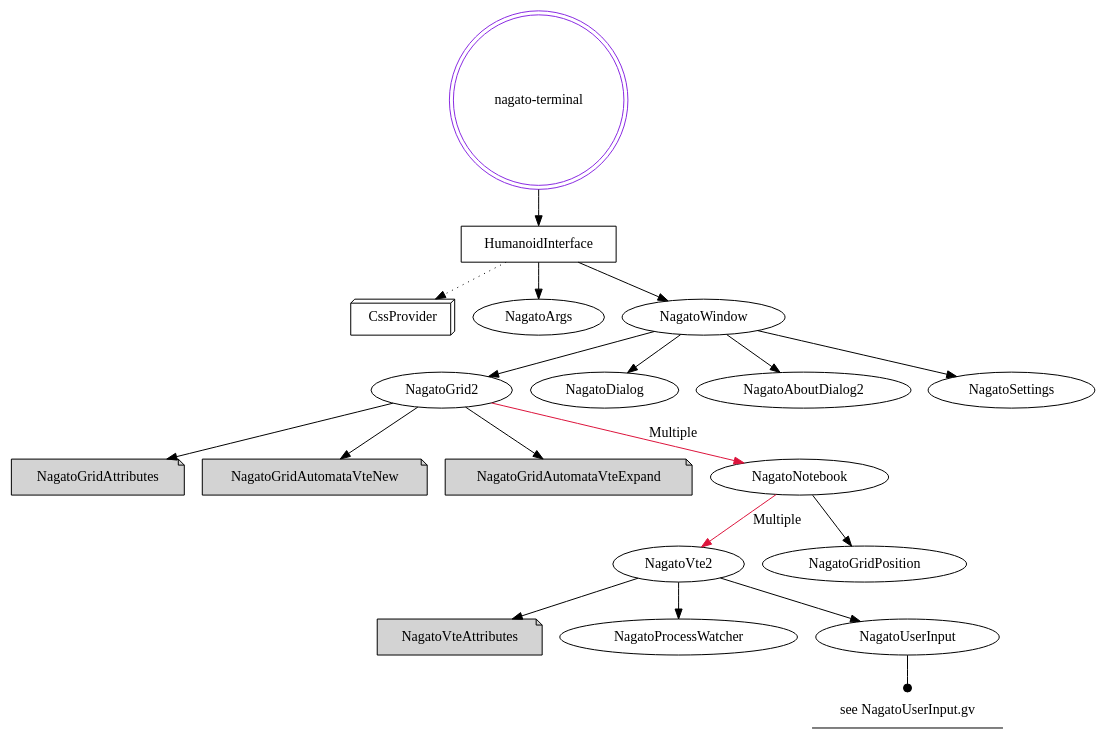
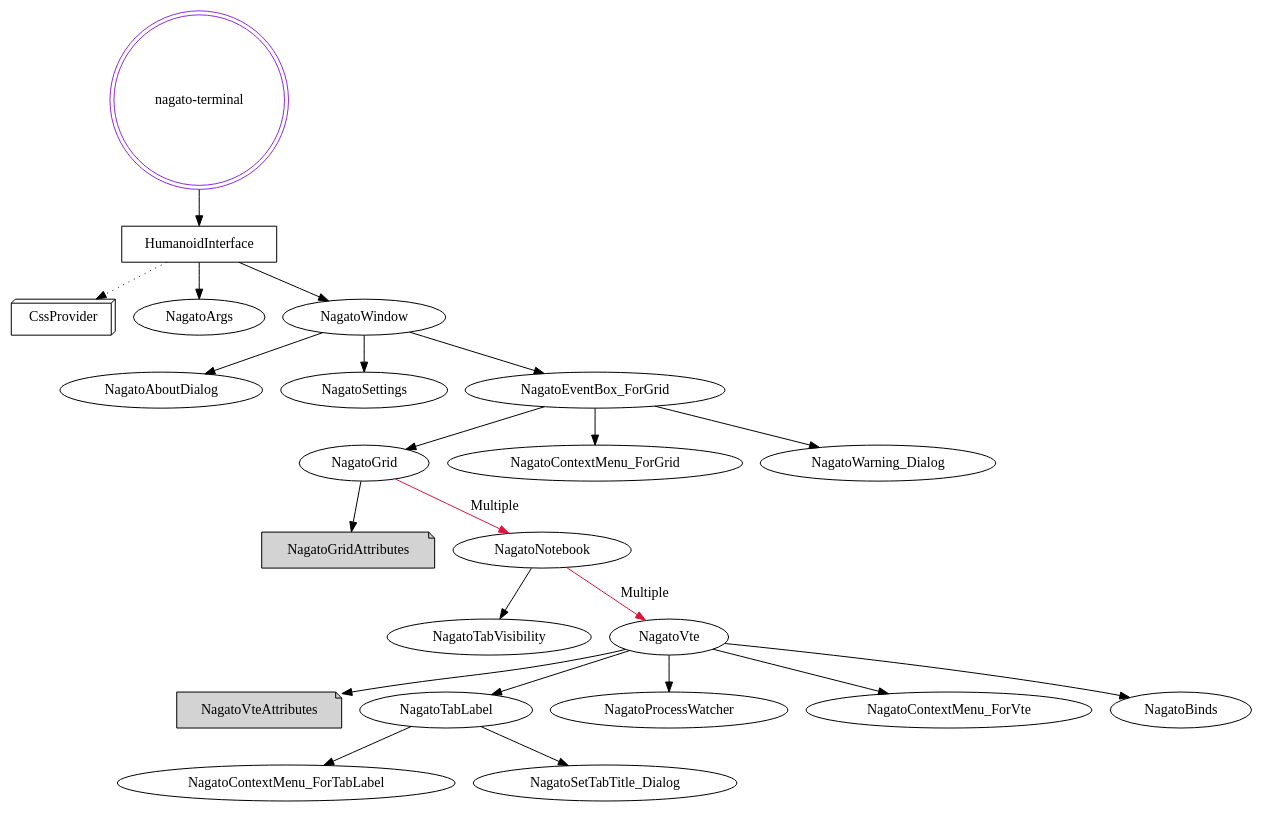
Before and after one commit to takedanemuru/NagatoBox: the diagram in nagato-terminal/chain_of_command.gv, drawn with Graphviz. The commit also changed 187 other files, not shown here.

```diff
--- a/nagato-terminal/chain_of_command.gv
+++ b/nagato-terminal/chain_of_command.gv
@@ -1,62 +1,60 @@
 digraph {
 
     "nagato-terminal" [
         shape = "doublecircle"
         color = "BlueViolet"
     ]
 
     "nagato-terminal" -> HumanoidInterface
     
     HumanoidInterface [
         shape = "box"
     ]
     
     CssProvider [
         shape = "box3d"
     ]
     
     HumanoidInterface -> CssProvider[
         style = "dotted"
     ]
     HumanoidInterface -> NagatoArgs
     HumanoidInterface -> NagatoWindow
     
-    NagatoWindow -> NagatoGrid2
-    NagatoWindow -> NagatoDialog
-    NagatoWindow -> NagatoAboutDialog2
+    NagatoWindow -> NagatoAboutDialog
     NagatoWindow -> NagatoSettings
+    NagatoWindow -> NagatoEventBox_ForGrid
+    
+    NagatoEventBox_ForGrid -> NagatoGrid
+    NagatoEventBox_ForGrid -> NagatoContextMenu_ForGrid
+    NagatoEventBox_ForGrid -> NagatoWarning_Dialog
     
     NagatoGridAttributes,
-    NagatoGridAutomataVteNew, 
-    NagatoGridAutomataVteExpand, 
     NagatoVteAttributes [
         style = "filled"
         shape = "note"
     ]
 
-    NagatoGrid2 -> NagatoNotebook [ 
+    NagatoGrid -> NagatoNotebook [ 
         label = "Multiple"
         color = "Crimson"
         ]
-    NagatoGrid2 -> NagatoGridAttributes
-    NagatoGrid2 -> NagatoGridAutomataVteNew
-    NagatoGrid2 -> NagatoGridAutomataVteExpand
+    NagatoGrid -> NagatoGridAttributes
     
-    NagatoNotebook -> NagatoVte2 [ 
+    
+    NagatoNotebook -> NagatoTabVisibility
+    NagatoNotebook -> NagatoVte [ 
         label = "Multiple"
         color = "Crimson"
         ]
-    NagatoNotebook -> NagatoGridPosition
     
-    NagatoVte2 -> NagatoVteAttributes
-    NagatoVte2 -> NagatoProcessWatcher
-    NagatoVte2 -> NagatoUserInput
+    NagatoVte -> NagatoVteAttributes
+    NagatoVte -> NagatoTabLabel
+    NagatoVte -> NagatoProcessWatcher
+    NagatoVte -> NagatoContextMenu_ForVte
+    NagatoVte -> NagatoBinds
     
-    NoteAlpha [
-        label = "see NagatoUserInput.gv"
-        shape = "underline"
-    ]
-    
-    NagatoUserInput -> NoteAlpha [ arrowhead = "dot" ]
+    NagatoTabLabel -> NagatoContextMenu_ForTabLabel
+    NagatoTabLabel -> NagatoSetTabTitle_Dialog
     
 }
```
